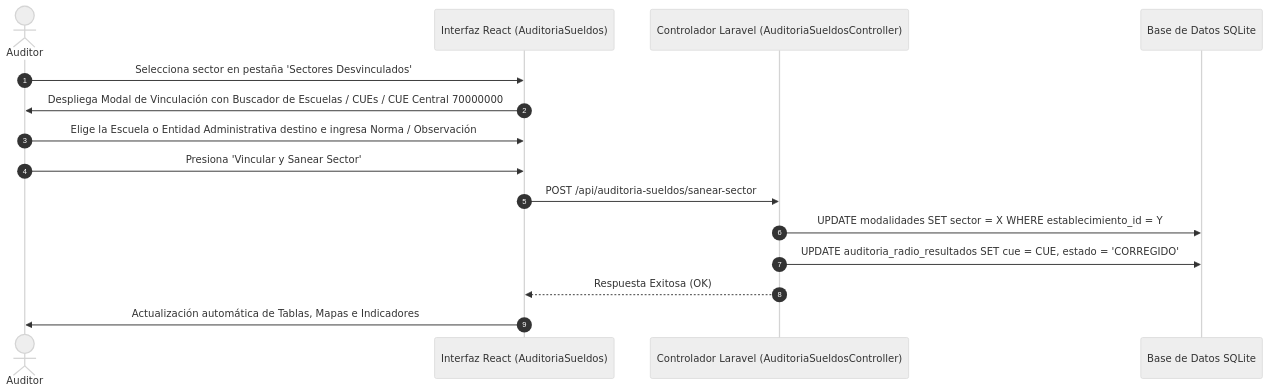
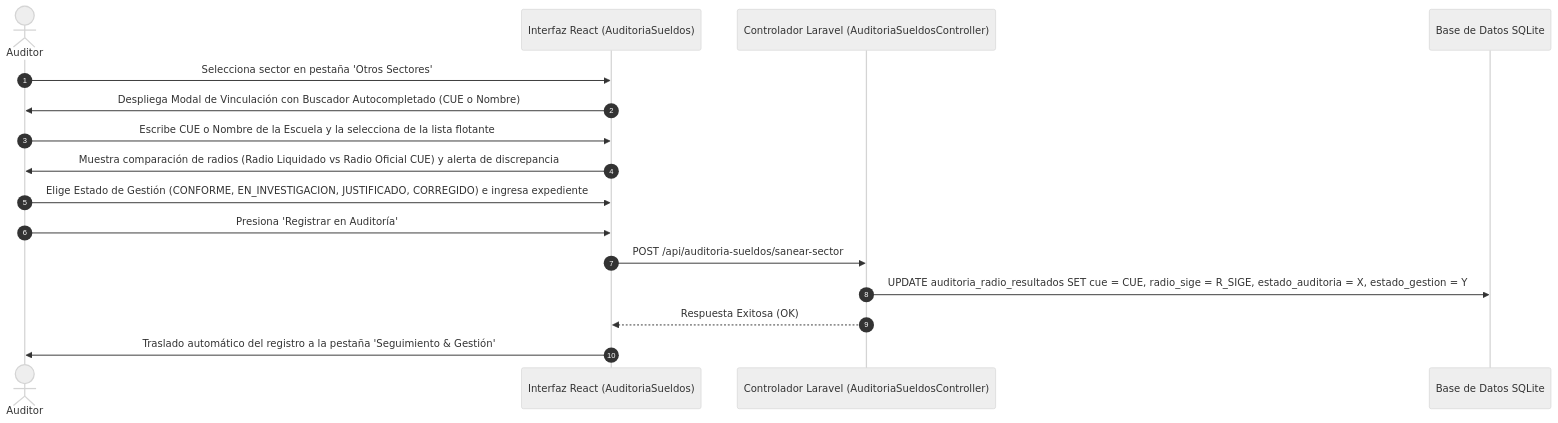
Before and after one commit to Noodle1981/edu-auditor: the diagram in doc/saneamiento_sectores.md, drawn with Mermaid (neutral theme). The commit also changed other lines of this file and 19 other files, not shown here.

Commit message:
feat(auditoria): separar gestion de oficinas administrativas, implementar saneamiento aislado de auditoria y autocompletado CUE live search

````diff
--- a/doc/saneamiento_sectores.md
+++ b/doc/saneamiento_sectores.md
@@ -43,18 +27,19 @@
 ```mermaid
 sequenceDiagram
     autonumber
     actor Auditor
     participant UI as Interfaz React (AuditoriaSueldos)
     participant API as Controlador Laravel (AuditoriaSueldosController)
     participant DB as Base de Datos SQLite
 
-    Auditor->>UI: Selecciona sector en pestaña 'Sectores Desvinculados'
-    UI->>Auditor: Despliega Modal de Vinculación con Buscador de Escuelas / CUEs / CUE Central 70000000
-    Auditor->>UI: Elige la Escuela o Entidad Administrativa destino e ingresa Norma / Observación
-    Auditor->>UI: Presiona 'Vincular y Sanear Sector'
+    Auditor->>UI: Selecciona sector en pestaña 'Otros Sectores'
+    UI->>Auditor: Despliega Modal de Vinculación con Buscador Autocompletado (CUE o Nombre)
+    Auditor->>UI: Escribe CUE o Nombre de la Escuela y la selecciona de la lista flotante
+    UI->>Auditor: Muestra comparación de radios (Radio Liquidado vs Radio Oficial CUE) y alerta de discrepancia
+    Auditor->>UI: Elige Estado de Gestión (CONFORME, EN_INVESTIGACION, JUSTIFICADO, CORREGIDO) e ingresa expediente
+    Auditor->>UI: Presiona 'Registrar en Auditoría'
     UI->>API: POST /api/auditoria-sueldos/sanear-sector
-    API->>DB: UPDATE modalidades SET sector = X WHERE establecimiento_id = Y
-    API->>DB: UPDATE auditoria_radio_resultados SET cue = CUE, estado = 'CORREGIDO'
+    API->>DB: UPDATE auditoria_radio_resultados SET cue = CUE, radio_sige = R_SIGE, estado_auditoria = X, estado_gestion = Y
     API-->>UI: Respuesta Exitosa (OK)
-    UI->>Auditor: Actualización automática de Tablas, Mapas e Indicadores
+    UI->>Auditor: Traslado automático del registro a la pestaña 'Seguimiento & Gestión'
 ```
````
